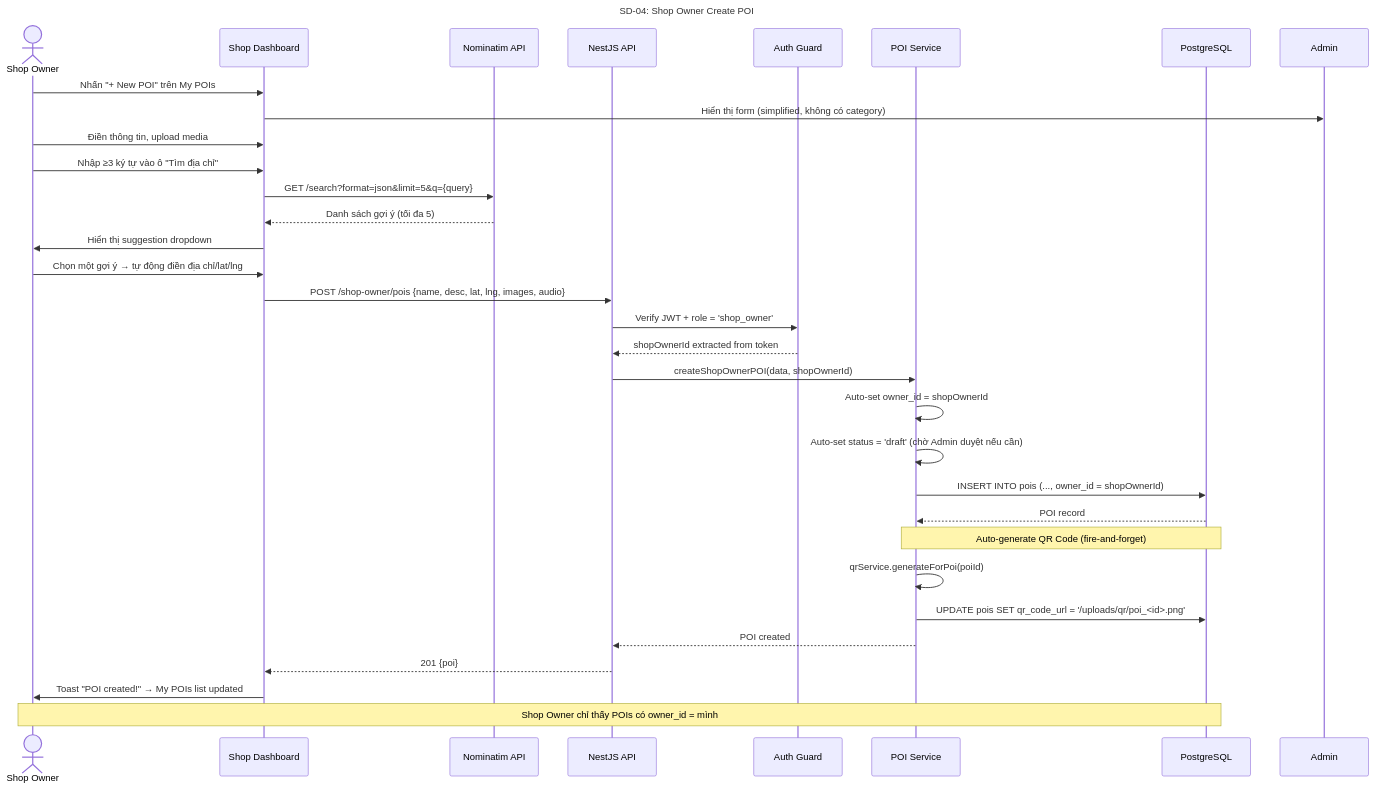
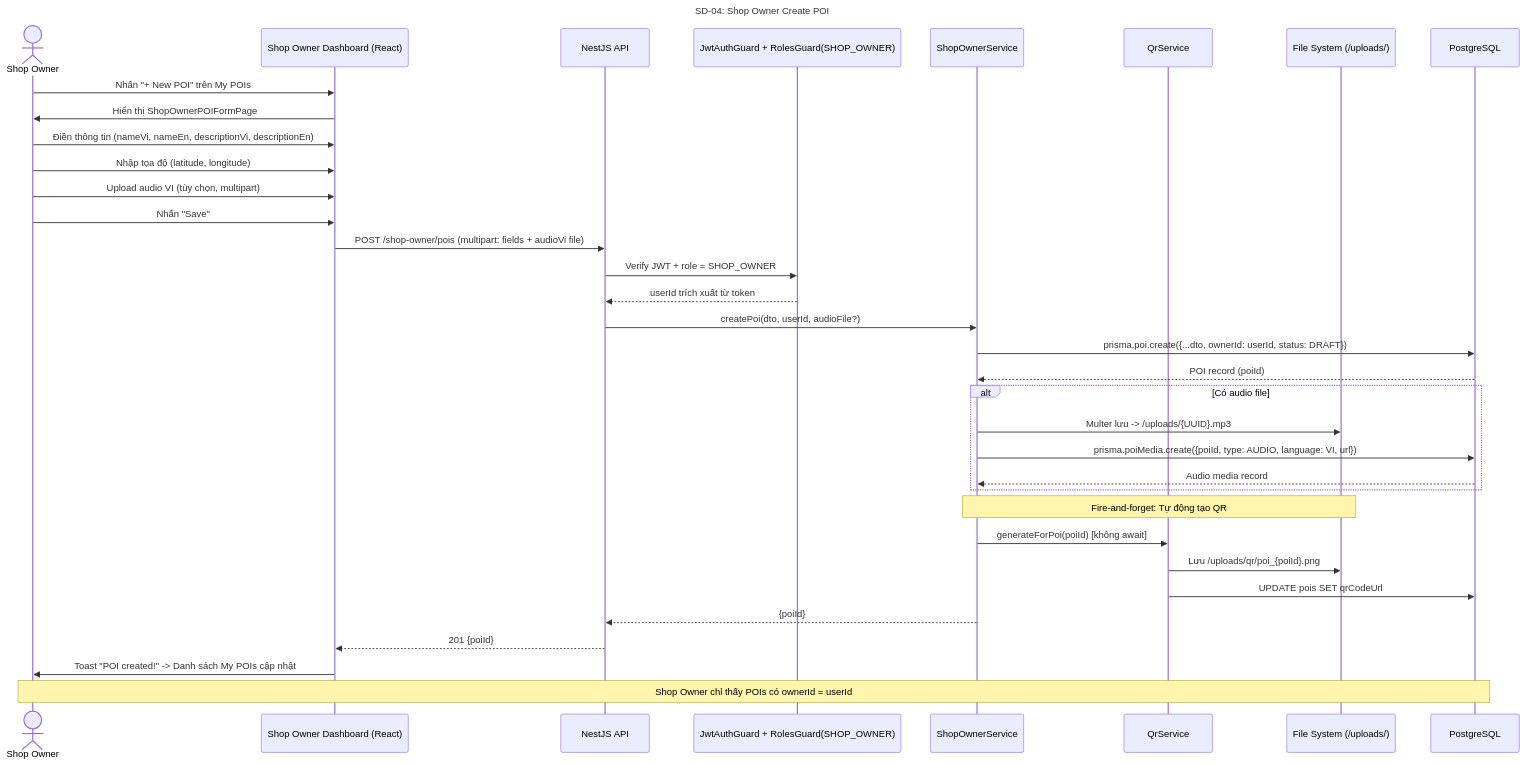
The fourth of 28 diagrams in docs/step3_prd/15_sequence_diagrams.md (Ttuandatt/Seminar), drawn with Mermaid before and after one commit. The commit also changed other lines of this file and 19 other files, not shown here.

First line of the commit message:
feat(auth): implement forgot/reset password with Brevo email service

````diff
--- a/docs/step3_prd/15_sequence_diagrams.md
+++ b/docs/step3_prd/15_sequence_diagrams.md
@@ -206,41 +222,45 @@
 ```mermaid
 sequenceDiagram
     title SD-04: Shop Owner Create POI
     actor SO as Shop Owner
-    participant UI as Shop Dashboard
-    participant Geo as Nominatim API
+    participant UI as Shop Owner Dashboard (React)
     participant API as NestJS API
-    participant Guard as Auth Guard
-    participant POI as POI Service
+    participant Guard as JwtAuthGuard + RolesGuard(SHOP_OWNER)
+    participant POI as ShopOwnerService
+    participant QR as QrService
+    participant FS as File System (/uploads/)
     participant DB as PostgreSQL
 
     SO->>UI: Nhấn "+ New POI" trên My POIs
-    UI->>Admin: Hiển thị form (simplified, không có category)
+    UI->>SO: Hiển thị ShopOwnerPOIFormPage
 
-    SO->>UI: Điền thông tin, upload media
-    SO->>UI: Nhập ≥3 ký tự vào ô "Tìm địa chỉ"
-    UI->>Geo: GET /search?format=json&limit=5&q={query}
-    Geo-->>UI: Danh sách gợi ý (tối đa 5)
-    UI->>SO: Hiển thị suggestion dropdown
-    SO->>UI: Chọn một gợi ý → tự động điền địa chỉ/lat/lng
-    UI->>API: POST /shop-owner/pois {name, desc, lat, lng, images, audio}
-    
-    API->>Guard: Verify JWT + role = 'shop_owner'
-    Guard-->>API: shopOwnerId extracted from token
+    SO->>UI: Điền thông tin (nameVi, nameEn, descriptionVi, descriptionEn)
+    SO->>UI: Nhập tọa độ (latitude, longitude)
+    SO->>UI: Upload audio VI (tùy chọn, multipart)
 
-    API->>POI: createShopOwnerPOI(data, shopOwnerId)
-    POI->>POI: Auto-set owner_id = shopOwnerId
-    POI->>POI: Auto-set status = 'draft' (chờ Admin duyệt nếu cần)
-    POI->>DB: INSERT INTO pois (..., owner_id = shopOwnerId)
-    DB-->>POI: POI record
+    SO->>UI: Nhấn "Save"
+    UI->>API: POST /shop-owner/pois (multipart: fields + audioVi file)
+    API->>Guard: Verify JWT + role = SHOP_OWNER
+    Guard-->>API: userId trích xuất từ token
 
-    Note over POI, DB: Auto-generate QR Code (fire-and-forget)
-    POI->>POI: qrService.generateForPoi(poiId)
-    POI->>DB: UPDATE pois SET qr_code_url = '/uploads/qr/poi_<id>.png'
+    API->>POI: createPoi(dto, userId, audioFile?)
+    POI->>DB: prisma.poi.create({...dto, ownerId: userId, status: DRAFT})
+    DB-->>POI: POI record (poiId)
 
-    POI-->>API: POI created
-    API-->>UI: 201 {poi}
-    UI->>SO: Toast "POI created!" → My POIs list updated
+    alt Có audio file
+        POI->>FS: Multer lưu -> /uploads/{UUID}.mp3
+        POI->>DB: prisma.poiMedia.create({poiId, type: AUDIO, language: VI, url})
+        DB-->>POI: Audio media record
+    end
 
-    Note over SO, DB: Shop Owner chỉ thấy POIs có owner_id = mình
+    Note over POI, FS: Fire-and-forget: Tự động tạo QR
+    POI->>QR: generateForPoi(poiId) [không await]
+    QR->>FS: Lưu /uploads/qr/poi_{poiId}.png
+    QR->>DB: UPDATE pois SET qrCodeUrl
+
+    POI-->>API: {poiId}
+    API-->>UI: 201 {poiId}
+    UI->>SO: Toast "POI created!" -> Danh sách My POIs cập nhật
+
+    Note over SO, DB: Shop Owner chỉ thấy POIs có ownerId = userId
 ```
````
